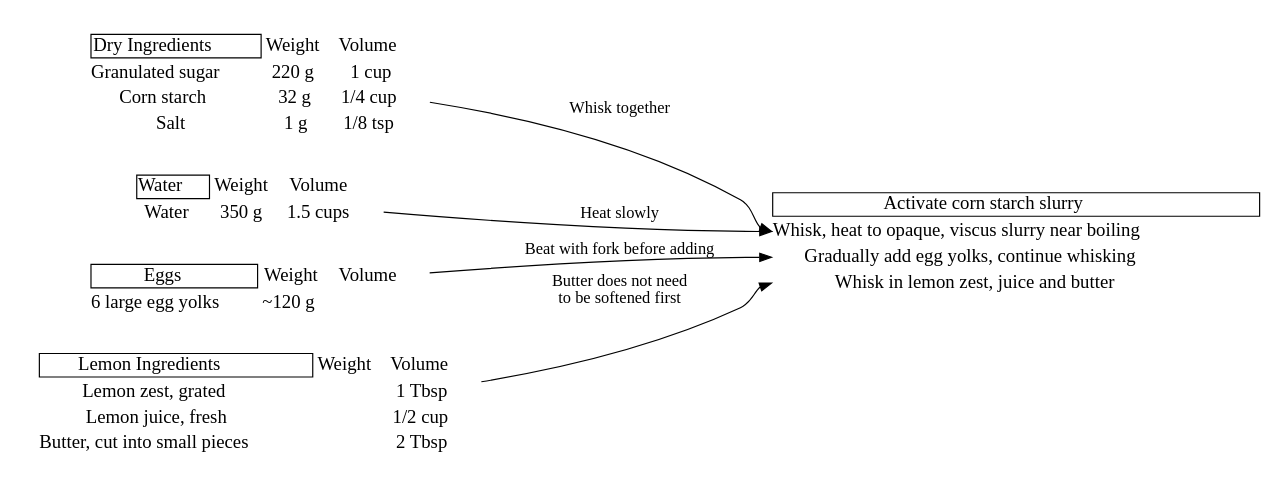
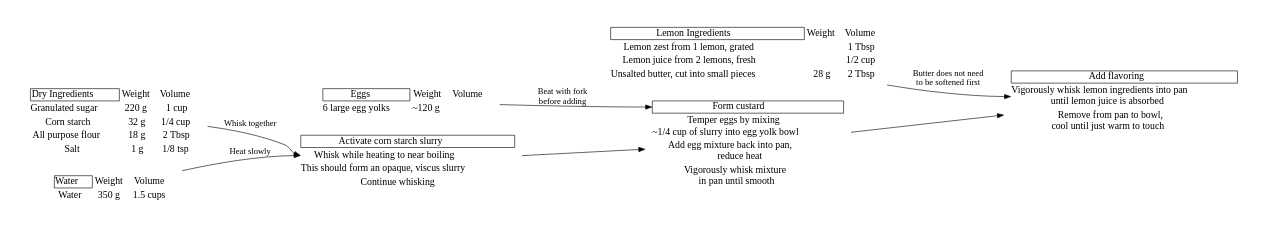
The diagram in Lemon Meringue Pie/step1.dot (znoop333/Recipe-Flowcharts), drawn with Graphviz before and after one commit. The commit also changed 4 other files, not shown here.

```diff
--- a/Lemon Meringue Pie/step1.dot
+++ b/Lemon Meringue Pie/step1.dot
@@ -1,44 +1,59 @@
 digraph "Lemon custard filling" {
 graph [ rankdir = "LR", ranksep = .4, size = 6.5];
 node [ fontsize = "16" shape = "plaintext" , colorscheme = dark28  ];
 
 "Dry" [
 label = < <TABLE BORDER="0" CELLSPACING="4" CELLPADDING="0"><TR><TD  BORDER="1" port="f0"> Dry Ingredients </TD><TD>Weight</TD><TD>Volume </TD></TR>
 <TR><TD BORDER="0" >Granulated sugar</TD><TD>220 g</TD><TD>1 cup</TD></TR>
 <TR><TD BORDER="0" >Corn starch</TD><TD>32 g</TD><TD>1/4 cup</TD></TR>
+<TR><TD BORDER="0" >All purpose flour</TD><TD>18 g</TD><TD>2 Tbsp</TD></TR>
 <TR><TD BORDER="0" >Salt</TD><TD>1 g</TD><TD>1/8 tsp</TD></TR>
 </TABLE>> ];
 
 "Water" [
 label = < <TABLE BORDER="0" CELLSPACING="4" CELLPADDING="0"><TR><TD  BORDER="1" port="f0"> Water </TD><TD>Weight</TD><TD>Volume </TD></TR>
 <TR><TD BORDER="0" >Water</TD><TD>350 g</TD><TD>1.5 cups</TD></TR>
 </TABLE>> ];
 
 "Eggs" [
 label = < <TABLE BORDER="0" CELLSPACING="4" CELLPADDING="0"><TR><TD  BORDER="1" port="f0"> Eggs </TD><TD>Weight</TD><TD>Volume </TD></TR>
 <TR><TD BORDER="0" port="f1">6 large egg yolks</TD><TD>~120 g</TD><TD></TD></TR>
 </TABLE>> ];
 
 "LemonJuice" [
 label = < <TABLE BORDER="0" CELLSPACING="4" CELLPADDING="0"><TR><TD  BORDER="1" port="f0"> Lemon Ingredients </TD><TD>Weight</TD><TD>Volume </TD></TR>
-<TR><TD BORDER="0" >Lemon zest, grated</TD><TD></TD><TD>1 Tbsp</TD></TR>
-<TR><TD BORDER="0" >Lemon juice, fresh</TD><TD></TD><TD>1/2 cup</TD></TR>
-<TR><TD BORDER="0" >Butter, cut into small pieces</TD><TD></TD><TD>2 Tbsp</TD></TR>
+<TR><TD BORDER="0" >Lemon zest from 1 lemon, grated</TD><TD></TD><TD>1 Tbsp</TD></TR>
+<TR><TD BORDER="0" >Lemon juice from 2 lemons, fresh</TD><TD></TD><TD>1/2 cup</TD></TR>
+<TR><TD BORDER="0" > Unsalted butter, cut into small pieces</TD><TD>28 g</TD><TD>2 Tbsp</TD></TR>
 </TABLE>> ];
-
-
+ 
 "Custard1" [
 label = < <TABLE BORDER="0" CELLSPACING="4" CELLPADDING="0"><TR><TD  BORDER="1" port="f0"> Activate corn starch slurry</TD></TR>
-<TR><TD BORDER="0" port="f1"> Whisk, heat to opaque, viscus slurry near boiling </TD></TR>
-<TR><TD BORDER="0" port="f2">Gradually add egg yolks, continue whisking</TD></TR>
-<TR><TD BORDER="0" port="f3">Whisk in lemon zest, juice and butter</TD></TR>
+<TR><TD BORDER="0" port="f1"> Whisk while heating to near boiling </TD></TR>
+<TR><TD BORDER="0">This should form an opaque, viscus slurry </TD></TR>
+<TR><TD BORDER="0">Continue whisking</TD></TR>
 </TABLE>> ];
 
 Dry -> Custard1:f1 [label = "Whisk together"];
 Water -> Custard1:f1 [label = "Heat slowly"];
-Eggs -> Custard1:f2 [label = "Beat with fork before adding"];
-LemonJuice -> Custard1:f3 [label = "Butter does not need\nto be softened first"];
+Eggs -> Custard2:f0 [label = "Beat with fork\nbefore adding"];
+LemonJuice -> Custard3:f1 [label = "Butter does not need\nto be softened first"];
 
+Custard1 -> Custard2;
+Custard2 -> Custard3;
+
+"Custard2" [
+label = < <TABLE BORDER="0" CELLSPACING="4" CELLPADDING="0"><TR><TD  BORDER="1" port="f0"> Form custard</TD></TR>
+<TR><TD BORDER="0" port="f1"> Temper eggs by mixing<br/>~1/4 cup of slurry into egg yolk bowl </TD></TR>
+<TR><TD BORDER="0" port="f2">Add egg mixture back into pan,<br/>reduce heat</TD></TR>
+<TR><TD BORDER="0" port="f3">Vigorously whisk mixture<br/>in pan until smooth</TD></TR>
+</TABLE>> ];
+
+"Custard3" [
+label = < <TABLE BORDER="0" CELLSPACING="4" CELLPADDING="0"><TR><TD  BORDER="1" port="f0"> Add flavoring</TD></TR>
+<TR><TD BORDER="0" port="f1">Vigorously whisk lemon ingredients into pan<br/>until lemon juice is absorbed</TD></TR>
+<TR><TD BORDER="0" >Remove from pan to bowl,<br/>cool until just warm to touch</TD></TR>
+</TABLE>> ];
 
 
 }
```
